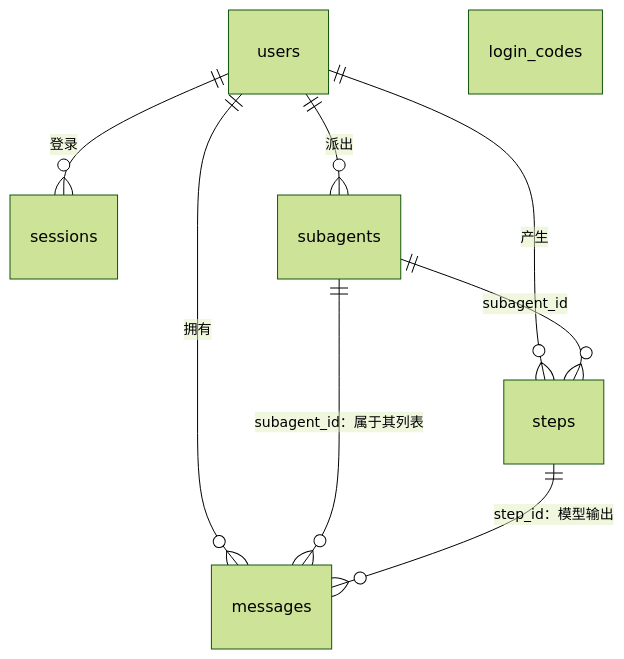
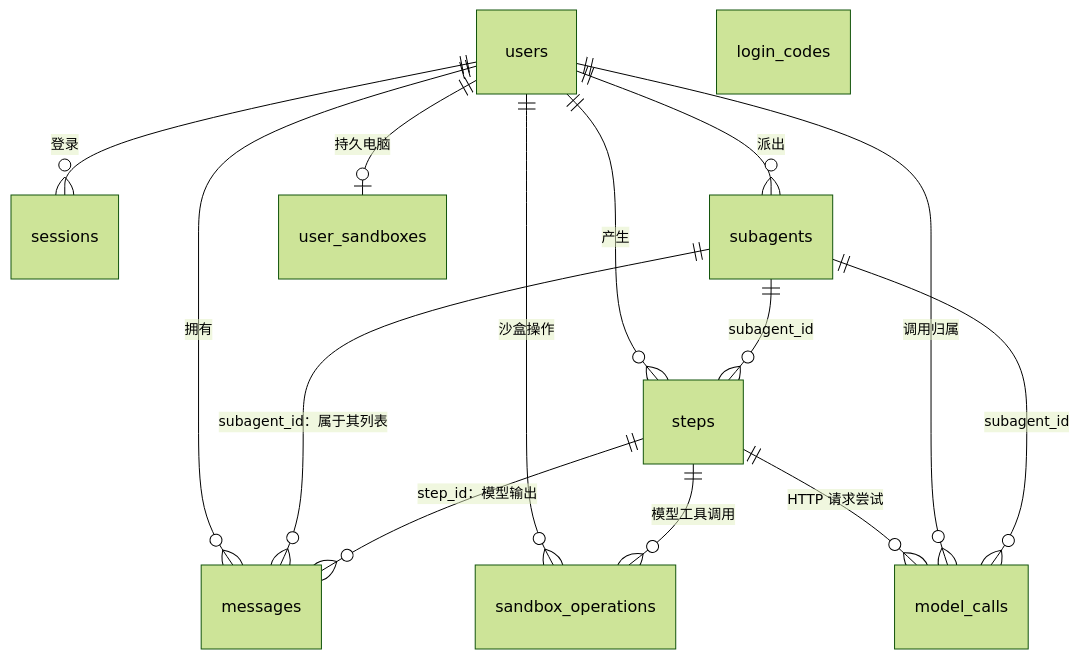
Before and after one commit to OmniNetOpensource/aether-personal: the first of 2 diagrams in docs/wiki/02-data-model.md, drawn with Mermaid (forest theme). The commit also changed other lines of this file and 11 other files, not shown here.

````diff
--- a/docs/wiki/02-data-model.md
+++ b/docs/wiki/02-data-model.md
@@ -17,11 +17,17 @@
 ```mermaid
 erDiagram
     users ||--o{ sessions : "登录"
     users ||--o{ subagents : "派出"
     users ||--o{ messages : "拥有"
     users ||--o{ steps : "产生"
+    users ||--o| user_sandboxes : "持久电脑"
+    users ||--o{ sandbox_operations : "沙盒操作"
+    steps ||--o{ sandbox_operations : "模型工具调用"
     subagents ||--o{ messages : "subagent_id：属于其列表"
     subagents ||--o{ steps : "subagent_id"
+    steps ||--o{ model_calls : "HTTP 请求尝试"
+    users ||--o{ model_calls : "调用归属"
+    subagents ||--o{ model_calls : "subagent_id"
     steps ||--o{ messages : "step_id：模型输出"
     login_codes
 ```
````
